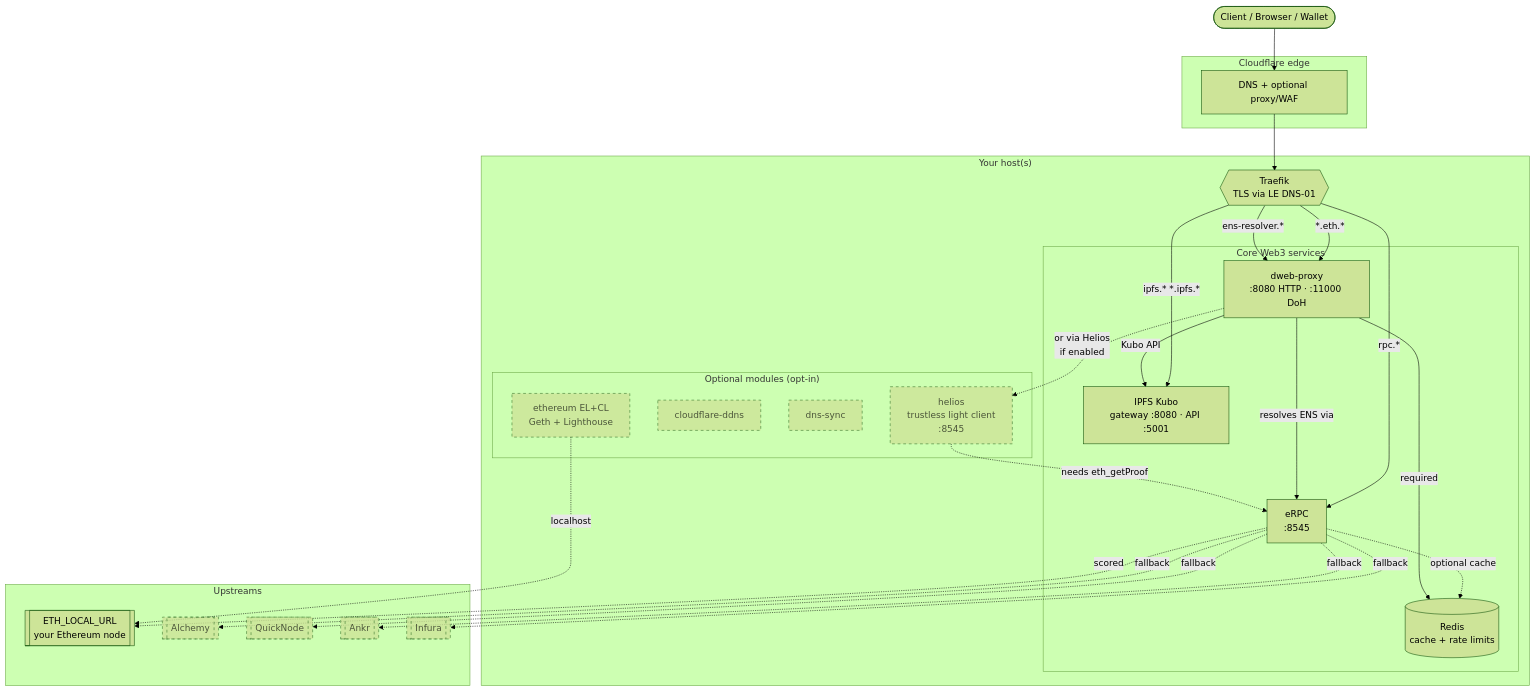
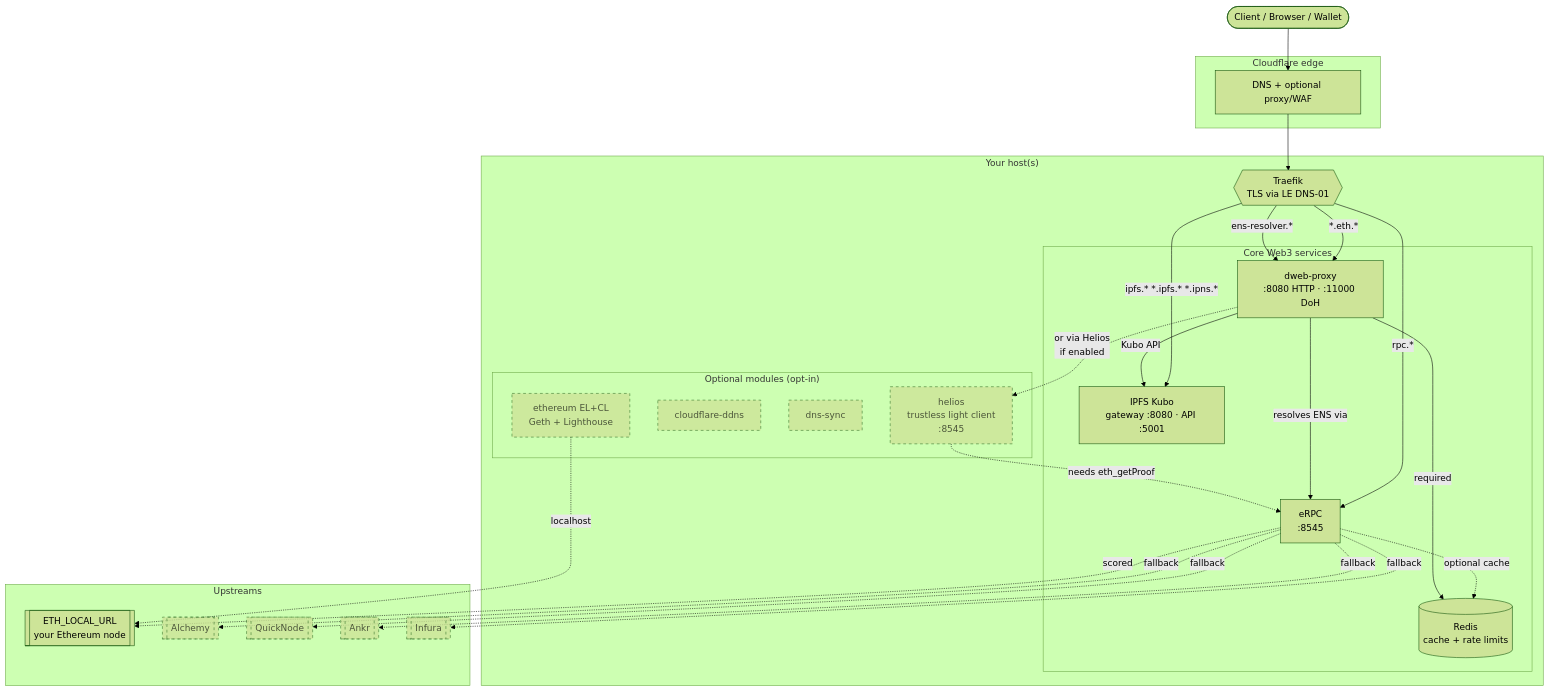
The diagram in docs/diagrams/architecture.mmd (MysticRyuujin/spirens), drawn with Mermaid (forest theme) before and after one commit. The commit also changed 11 other files, not shown here.

```diff
--- a/docs/diagrams/architecture.mmd
+++ b/docs/diagrams/architecture.mmd
@@ -1,59 +1,59 @@
 %% SPIRENS — high-level architecture
 %% Render with: https://mermaid.live  or any Mermaid-aware markdown renderer.
 
 flowchart TB
     client([Client / Browser / Wallet])
 
     subgraph edge ["Cloudflare edge"]
         cf[DNS + optional proxy/WAF]
     end
 
     subgraph host ["Your host(s)"]
         traefik{{Traefik<br/>TLS via LE DNS-01}}
 
         subgraph core ["Core Web3 services"]
             erpc[eRPC<br/>:8545]
             kubo[IPFS Kubo<br/>gateway :8080 · API :5001]
             dweb[dweb-proxy<br/>:8080 HTTP · :11000 DoH]
             redis[(Redis<br/>cache + rate limits)]
         end
 
         subgraph optional ["Optional modules (opt-in)"]
             helios[helios<br/>trustless light client<br/>:8545]
             ddns[cloudflare-ddns]
             dnssync[dns-sync]
             ethnode[ethereum EL+CL<br/>Geth + Lighthouse]
         end
     end
 
     subgraph upstreams ["Upstreams"]
         localnode[[ETH_LOCAL_URL<br/>your Ethereum node]]
         alchemy[[Alchemy]]
         quicknode[[QuickNode]]
         ankr[[Ankr]]
         infura[[Infura]]
     end
 
     client --> cf --> traefik
     traefik -->|rpc.*| erpc
-    traefik -->|ipfs.*  *.ipfs.*| kubo
+    traefik -->|ipfs.*  *.ipfs.*  *.ipns.*| kubo
     traefik -->|*.eth.*| dweb
     traefik -->|ens-resolver.*| dweb
 
     erpc -.->|scored| localnode
     erpc -.->|fallback| alchemy
     erpc -.->|fallback| quicknode
     erpc -.->|fallback| ankr
     erpc -.->|fallback| infura
     erpc -.->|optional cache| redis
 
     dweb -->|resolves ENS via| erpc
     dweb -.->|or via Helios<br/>if enabled| helios
     helios -.->|needs eth_getProof| erpc
     dweb -->|Kubo API| kubo
     dweb -->|required| redis
 
     ethnode -.->|localhost| localnode
 
     classDef optdim stroke-dasharray: 5 5,opacity:0.8
     class helios,ddns,dnssync,ethnode,alchemy,quicknode,ankr,infura optdim
```
